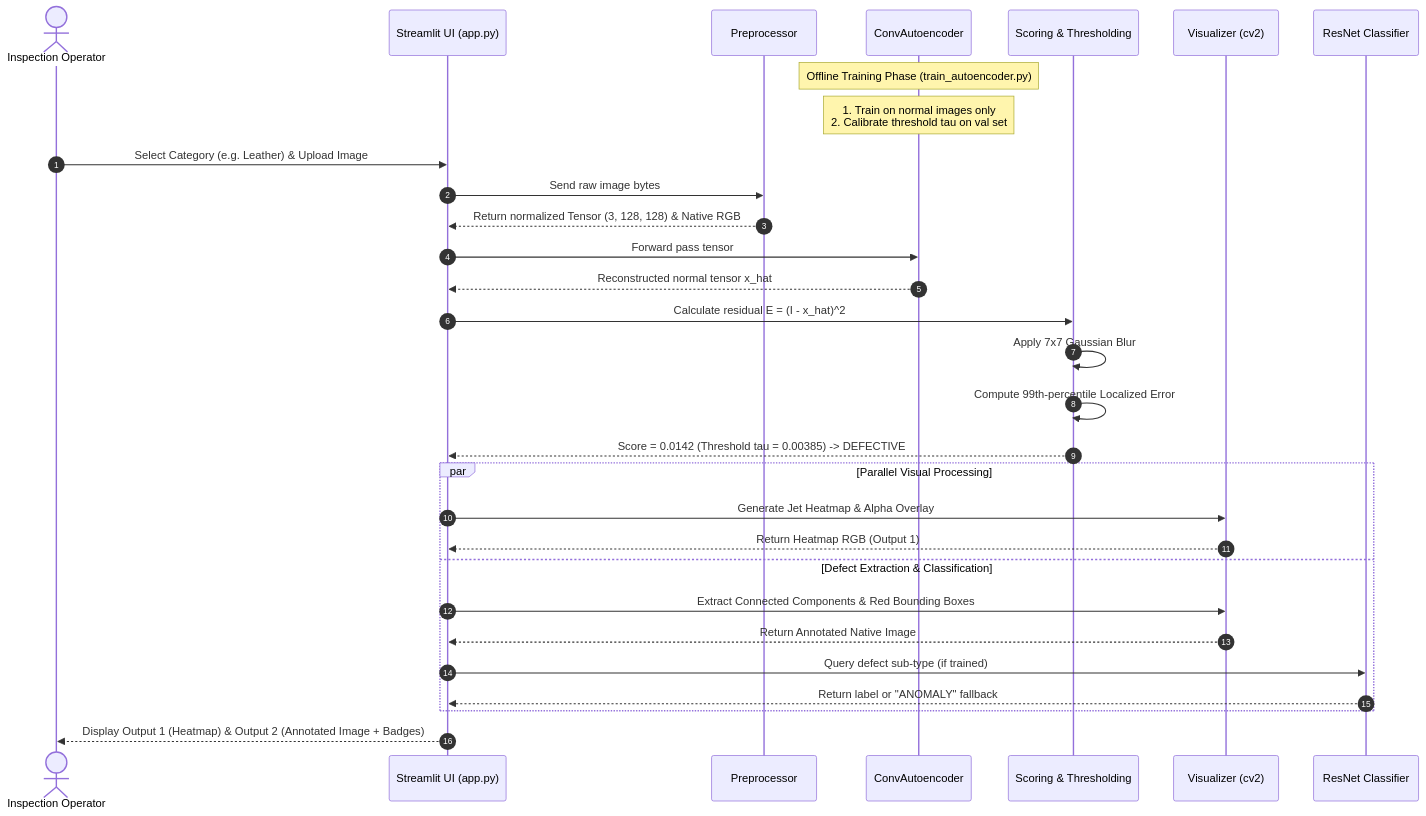
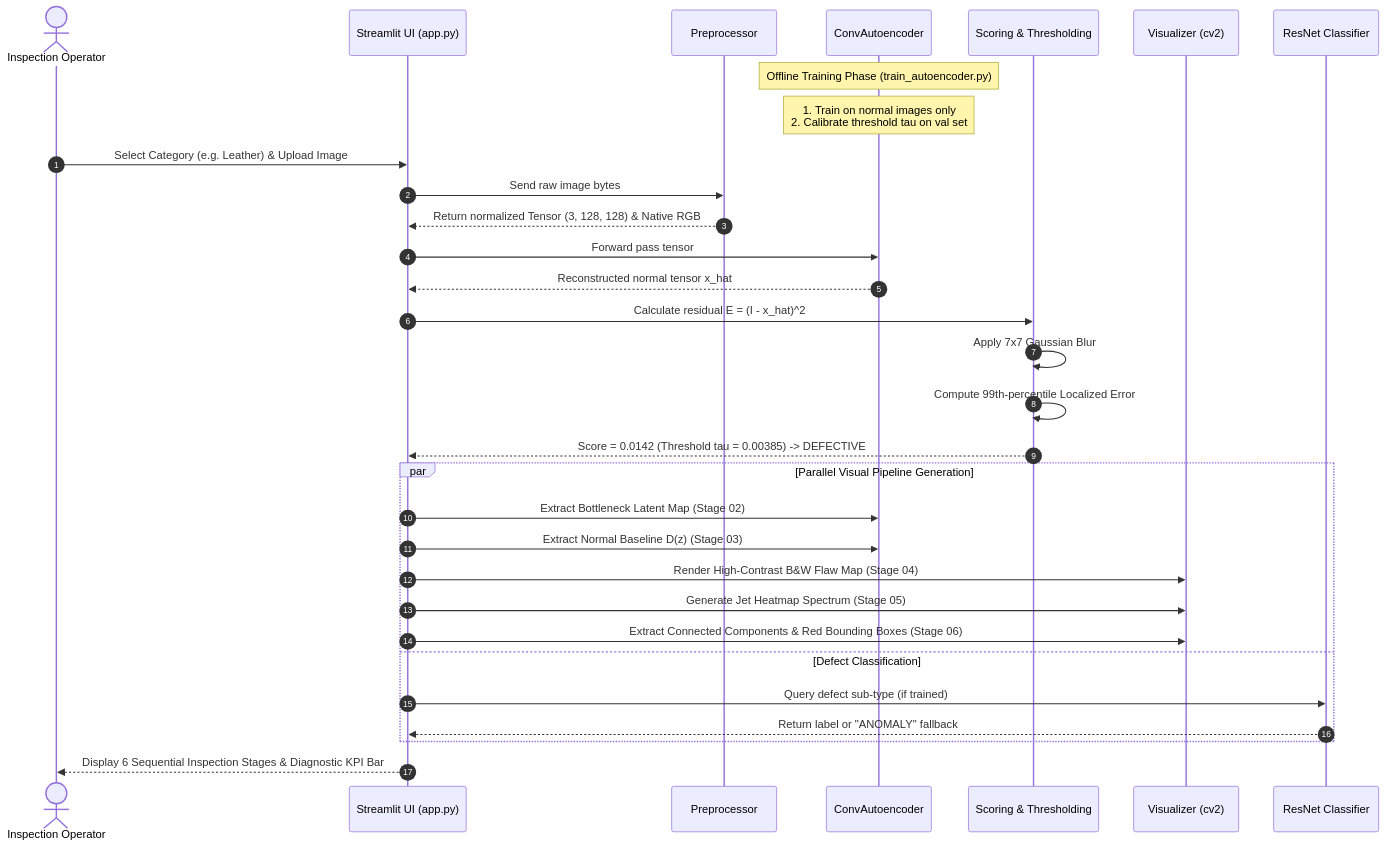
One commit to Arman75981/Industrial-Defect-Detection changed the third of 3 diagrams in PROJECT_ARCHITECTURE.md. Above: the diagram before and after it, drawn with Mermaid. The commit also changed other lines of this file, not shown here.

````diff
--- a/PROJECT_ARCHITECTURE.md
+++ b/PROJECT_ARCHITECTURE.md
@@ -377,36 +392,37 @@
 ```mermaid
 sequenceDiagram
     autonumber
     actor Operator as Inspection Operator
     participant UI as Streamlit UI (app.py)
     participant Pre as Preprocessor
     participant AE as ConvAutoencoder
     participant Score as Scoring & Thresholding
     participant Vis as Visualizer (cv2)
     participant ResNet as ResNet Classifier
 
     Note over AE: Offline Training Phase (train_autoencoder.py)
     Note over AE: 1. Train on normal images only<br/>2. Calibrate threshold tau on val set
 
     Operator->>UI: Select Category (e.g. Leather) & Upload Image
     UI->>Pre: Send raw image bytes
     Pre-->>UI: Return normalized Tensor (3, 128, 128) & Native RGB
     UI->>AE: Forward pass tensor
     AE-->>UI: Reconstructed normal tensor x_hat
     UI->>Score: Calculate residual E = (I - x_hat)^2
     Score->>Score: Apply 7x7 Gaussian Blur
     Score->>Score: Compute 99th-percentile Localized Error
     Score-->>UI: Score = 0.0142 (Threshold tau = 0.00385) -> DEFECTIVE
 
-    par Parallel Visual Processing
-        UI->>Vis: Generate Jet Heatmap & Alpha Overlay
-        Vis-->>UI: Return Heatmap RGB (Output 1)
-    and Defect Extraction & Classification
-        UI->>Vis: Extract Connected Components & Red Bounding Boxes
-        Vis-->>UI: Return Annotated Native Image
+    par Parallel Visual Pipeline Generation
+        UI->>AE: Extract Bottleneck Latent Map (Stage 02)
+        UI->>AE: Extract Normal Baseline D(z) (Stage 03)
+        UI->>Vis: Render High-Contrast B&W Flaw Map (Stage 04)
+        UI->>Vis: Generate Jet Heatmap Spectrum (Stage 05)
+        UI->>Vis: Extract Connected Components & Red Bounding Boxes (Stage 06)
+    and Defect Classification
         UI->>ResNet: Query defect sub-type (if trained)
         ResNet-->>UI: Return label or "ANOMALY" fallback
     end
 
-    UI-->>Operator: Display Output 1 (Heatmap) & Output 2 (Annotated Image + Badges)
+    UI-->>Operator: Display 6 Sequential Inspection Stages & Diagnostic KPI Bar
 ```
````
